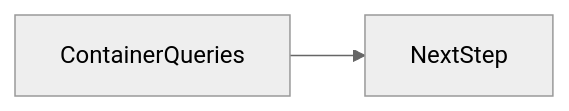
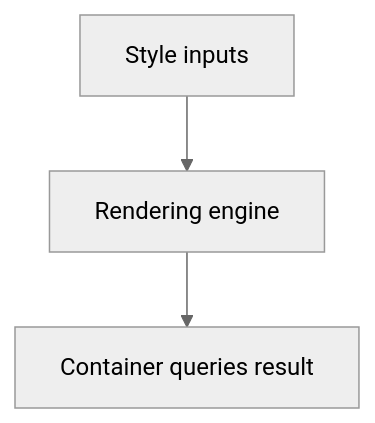
One commit to OmidJavaherii/Frontend-Engineering-Handbook changed the second of 2 diagrams in docs/en/05-css/container-queries/index.md. Above: the diagram before and after it, drawn with Mermaid (neutral theme). The commit also changed other lines of this file and 461 other files, not shown here.

````diff
--- a/docs/en/05-css/container-queries/index.md
+++ b/docs/en/05-css/container-queries/index.md
@@ -96,4 +111,5 @@
 ```mermaid
-flowchart LR
-  concept[ContainerQueries] --> nextStep[NextStep]
+flowchart TD
+  Input[Style inputs] --> Engine[Rendering engine]
+  Engine --> Out[Container queries result]
 ```
````
